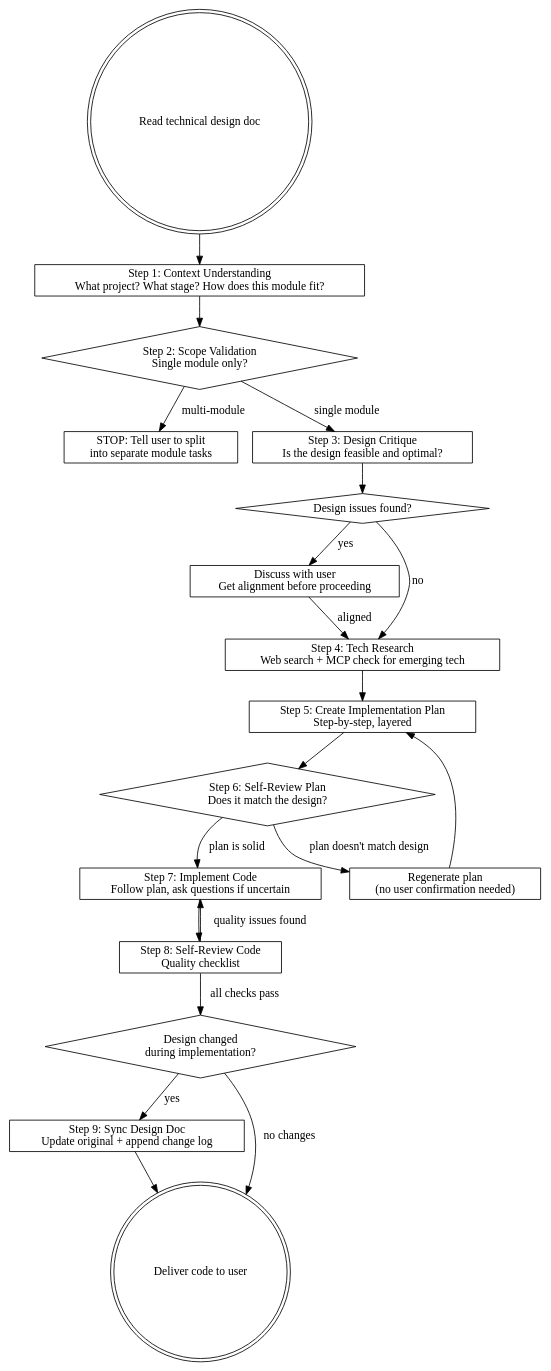
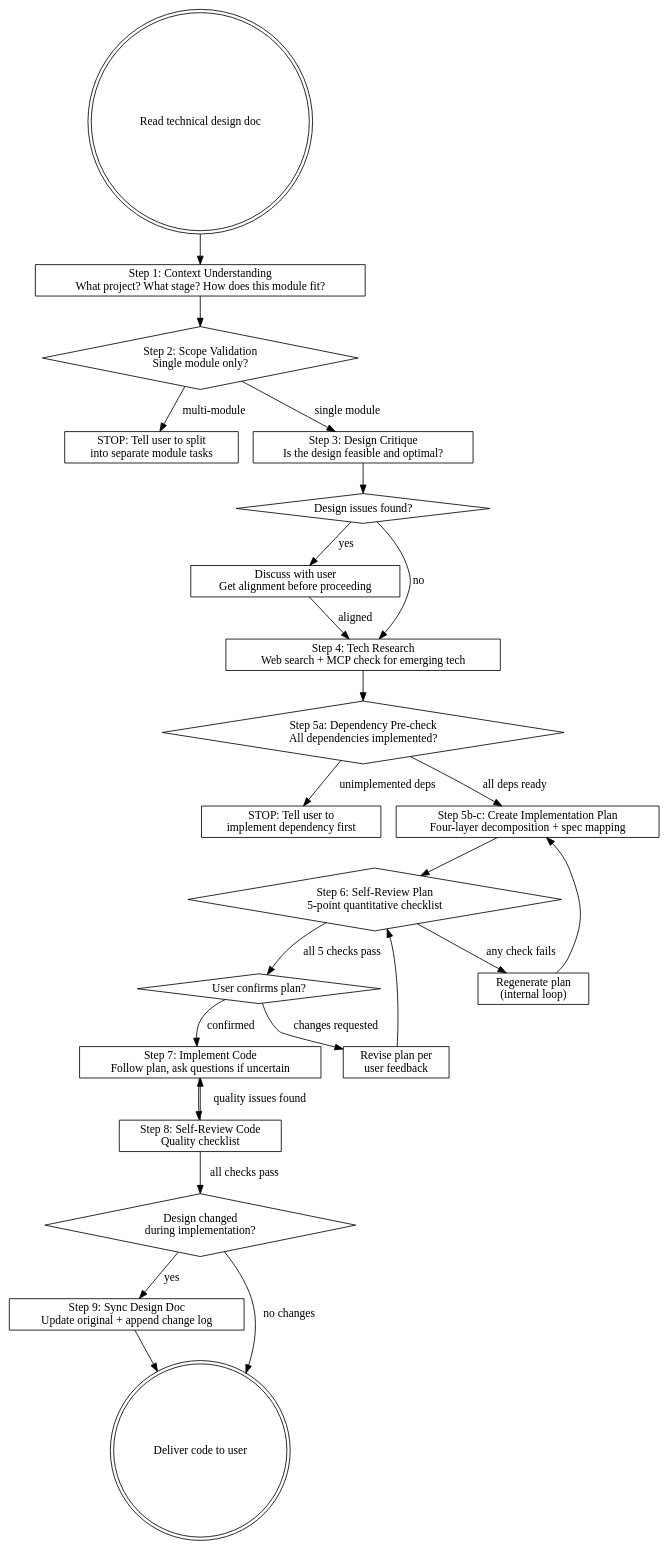
One commit to ithkeen/ithkeen-skills changed the diagram in code-implementer/SKILL.md. Above: the diagram before and after it, drawn with Graphviz. The commit also changed other lines of this file, not shown here.

First line of the commit message:
feat: overhaul Step 5-6 in code-implementer with structured plan generation

````diff
--- a/code-implementer/SKILL.md
+++ b/code-implementer/SKILL.md
@@ -41,43 +41,52 @@
 ```dot
 digraph code_implementer {
     rankdir=TB;
     node [shape=box];
 
     start [label="Read technical design doc" shape=doublecircle];
     context [label="Step 1: Context Understanding\nWhat project? What stage? How does this module fit?"];
     scope [label="Step 2: Scope Validation\nSingle module only?" shape=diamond];
     reject [label="STOP: Tell user to split\ninto separate module tasks"];
     critique [label="Step 3: Design Critique\nIs the design feasible and optimal?"];
     issue [label="Design issues found?" shape=diamond];
     discuss [label="Discuss with user\nGet alignment before proceeding"];
     research [label="Step 4: Tech Research\nWeb search + MCP check for emerging tech"];
-    plan [label="Step 5: Create Implementation Plan\nStep-by-step, layered"];
-    review_plan [label="Step 6: Self-Review Plan\nDoes it match the design?" shape=diamond];
-    regenerate [label="Regenerate plan\n(no user confirmation needed)"];
+    dep_check [label="Step 5a: Dependency Pre-check\nAll dependencies implemented?" shape=diamond];
+    dep_block [label="STOP: Tell user to\nimplement dependency first"];
+    plan [label="Step 5b-c: Create Implementation Plan\nFour-layer decomposition + spec mapping"];
+    review_plan [label="Step 6: Self-Review Plan\n5-point quantitative checklist" shape=diamond];
+    regenerate [label="Regenerate plan\n(internal loop)"];
+    user_confirm [label="User confirms plan?" shape=diamond];
+    user_revise [label="Revise plan per\nuser feedback"];
     implement [label="Step 7: Implement Code\nFollow plan, ask questions if uncertain"];
     self_review [label="Step 8: Self-Review Code\nQuality checklist"];
     design_changed [label="Design changed\nduring implementation?" shape=diamond];
     sync_design [label="Step 9: Sync Design Doc\nUpdate original + append change log"];
     done [label="Deliver code to user" shape=doublecircle];
 
     start -> context;
     context -> scope;
     scope -> reject [label="multi-module"];
     scope -> critique [label="single module"];
     critique -> issue;
     issue -> discuss [label="yes"];
     issue -> research [label="no"];
     discuss -> research [label="aligned"];
-    research -> plan;
+    research -> dep_check;
+    dep_check -> dep_block [label="unimplemented deps"];
+    dep_check -> plan [label="all deps ready"];
     plan -> review_plan;
-    review_plan -> regenerate [label="plan doesn't match design"];
-    review_plan -> implement [label="plan is solid"];
+    review_plan -> regenerate [label="any check fails"];
+    review_plan -> user_confirm [label="all 5 checks pass"];
     regenerate -> plan;
+    user_confirm -> user_revise [label="changes requested"];
+    user_confirm -> implement [label="confirmed"];
+    user_revise -> review_plan;
     implement -> self_review;
     self_review -> implement [label="quality issues found"];
     self_review -> design_changed [label="all checks pass"];
     design_changed -> sync_design [label="yes"];
     design_changed -> done [label="no changes"];
     sync_design -> done;
 }
 ```
````
